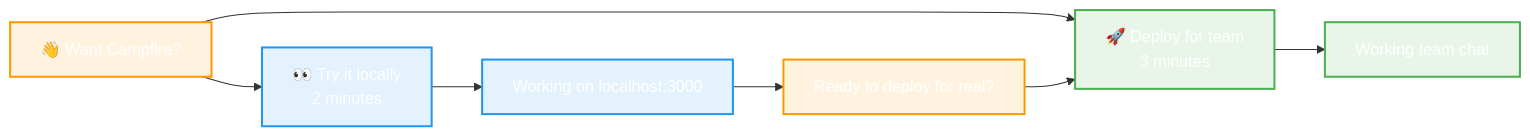
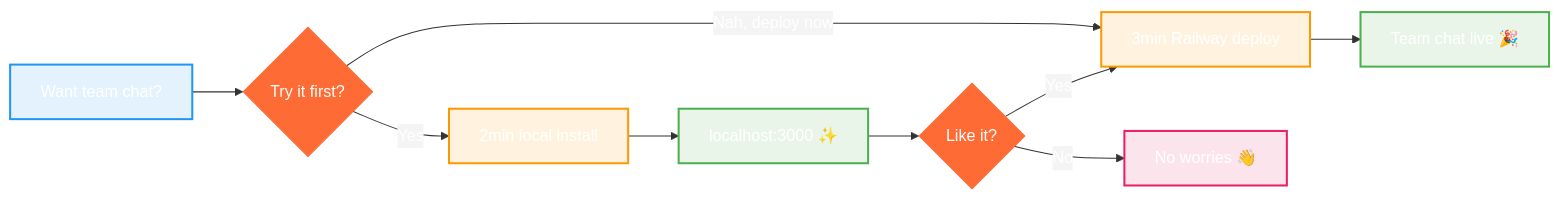
Before and after one commit to that-in-rust/campfire-on-rust: the first of 6 diagrams in README.md, drawn with Mermaid. The commit also changed other lines of this file and 17 other files, not shown here.

First line of the commit message:
✨ Improve README with Mermaid diagrams and declutter repo

````diff
--- a/README.md
+++ b/README.md
@@ -24,20 +11,22 @@
 ```mermaid
 %%{init: {'theme':'base', 'themeVariables': {'primaryColor':'#ff6b35','primaryTextColor':'#ffffff','primaryBorderColor':'#ff6b35','lineColor':'#333333','secondaryColor':'#f4f4f4','tertiaryColor':'#ffffff','background':'#ffffff','mainBkg':'#ff6b35','secondBkg':'#f8f9fa','tertiaryBkg':'#ffffff'}}}%%
-graph LR
-    A["👋 Want Campfire?"] --> B["👀 Try it locally<br/>2 minutes"]
-    A --> C["🚀 Deploy for team<br/>3 minutes"]
+flowchart LR
+    A[Want team chat?] --> B{Try it first?}
+    B -->|Yes| C[2min local install]
+    B -->|Nah, deploy now| D[3min Railway deploy]
+    C --> E[localhost:3000 ✨]
+    E --> F{Like it?}
+    F -->|Yes| D
+    F -->|No| G[No worries 👋]
+    D --> H[Team chat live 🎉]
     
-    B --> D["Working on localhost:3000"]
-    C --> E["Working team chat"]
+    classDef startNode fill:#e3f2fd,stroke:#2196f3,stroke-width:2px
+    classDef actionNode fill:#fff3e0,stroke:#ff9800,stroke-width:2px  
+    classDef successNode fill:#e8f5e8,stroke:#4caf50,stroke-width:2px
+    classDef endNode fill:#fce4ec,stroke:#e91e63,stroke-width:2px
     
-    D --> F["Ready to deploy for real?"]
-    F --> C
-    
-    classDef choice fill:#fff3e0,stroke:#ff9800,stroke-width:2px
-    classDef local fill:#e3f2fd,stroke:#2196f3,stroke-width:2px
-    classDef deploy fill:#e8f5e8,stroke:#4caf50,stroke-width:2px
-    
-    class A,F choice
-    class B,D local
-    class C,E deploy
+    class A startNode
+    class C,D actionNode
+    class E,H successNode
+    class G endNode
 ```
````
